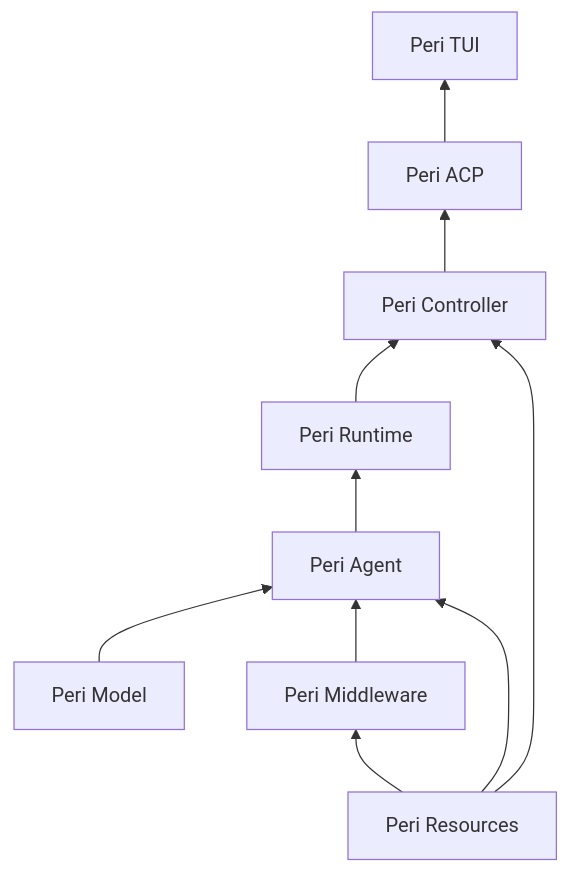
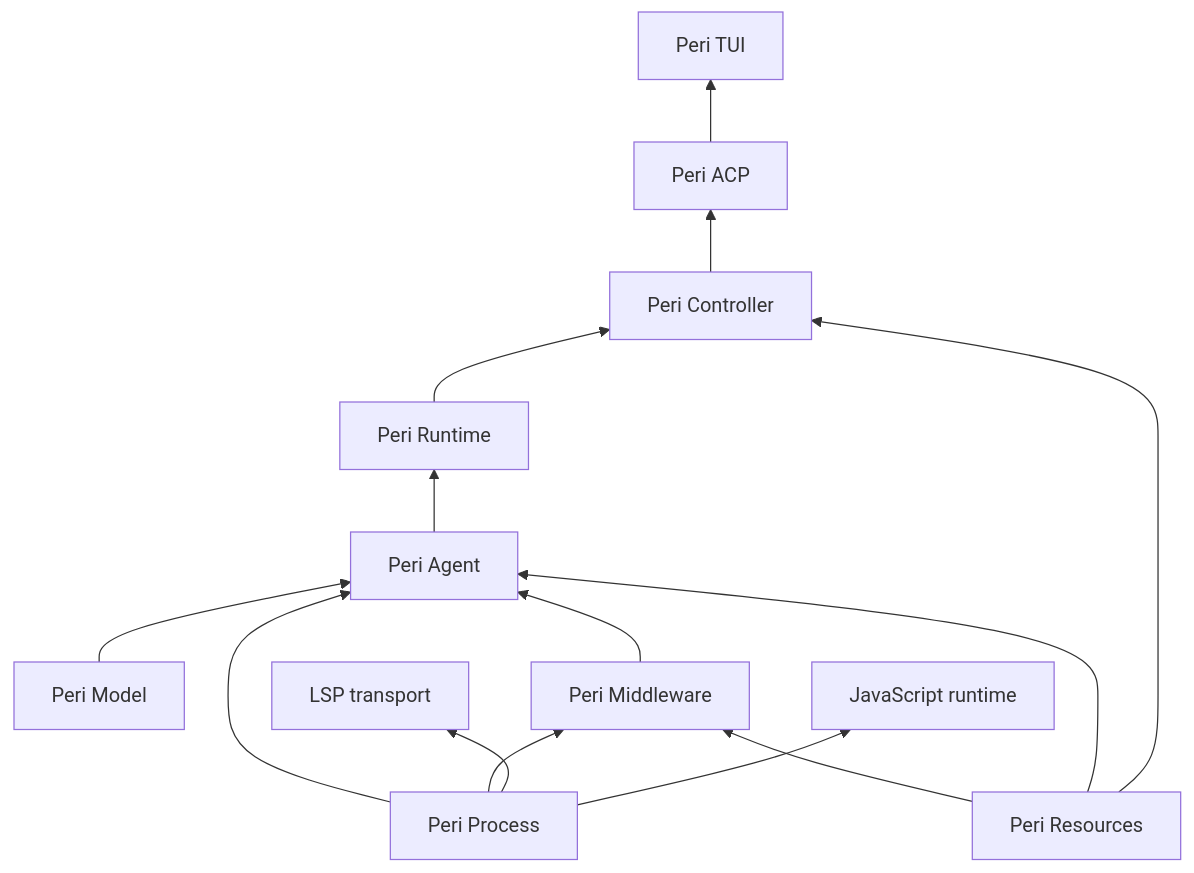
One commit to KonghaYao/peri changed the first of 4 diagrams in docs/design/architecture.md. Above: the diagram before and after it, drawn with Mermaid. The commit also changed other lines of this file and 498 other files, not shown here.

````diff
--- a/docs/design/architecture.md
+++ b/docs/design/architecture.md
@@ -13,12 +13,16 @@
 ```mermaid
 flowchart BT
     Model[Peri Model] --> Agent[Peri Agent]
     Agent --> Runtime[Peri Runtime]
     Runtime --> Controller[Peri Controller]
     Controller --> ACP[Peri ACP]
     ACP --> TUI[Peri TUI]
     Middleware[Peri Middleware] --> Agent
     Resources[Peri Resources] --> Middleware
     Resources --> Agent
     Resources --> Controller
+    Process[Peri Process] --> Agent
+    Process --> Middleware
+    Process --> LSP[LSP transport]
+    Process --> JS[JavaScript runtime]
 ```
````
